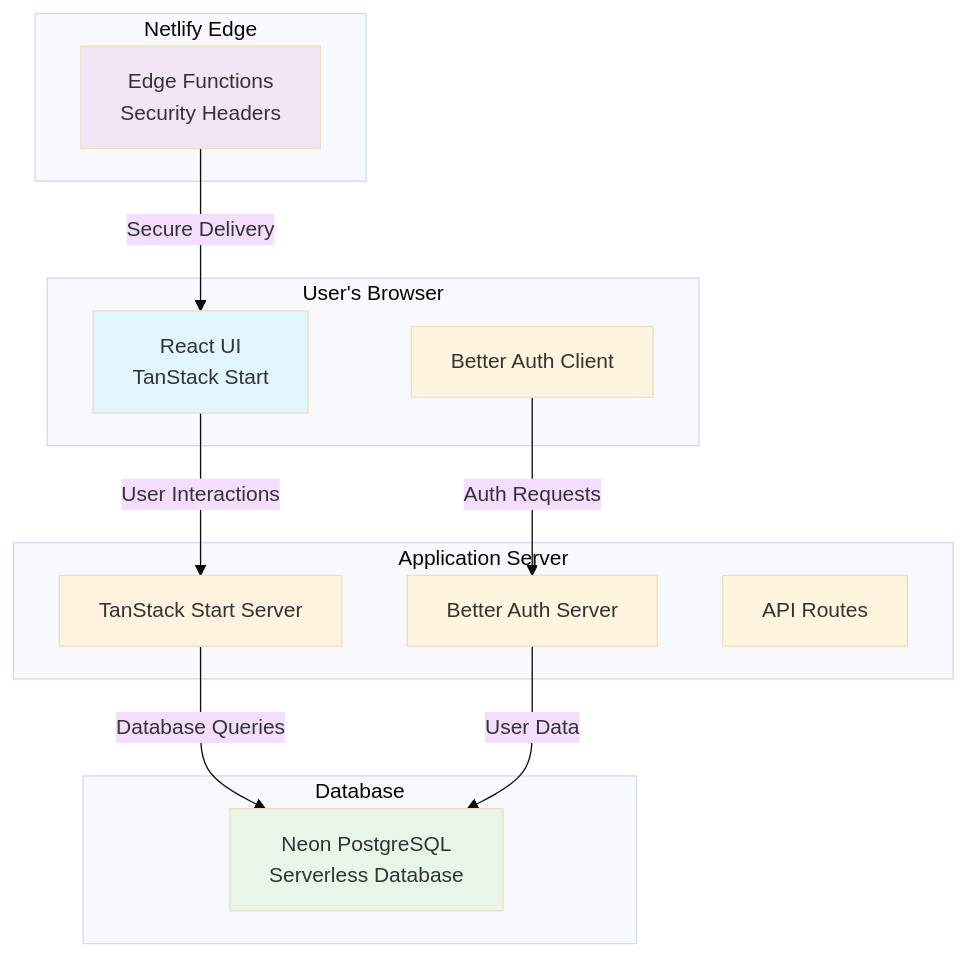
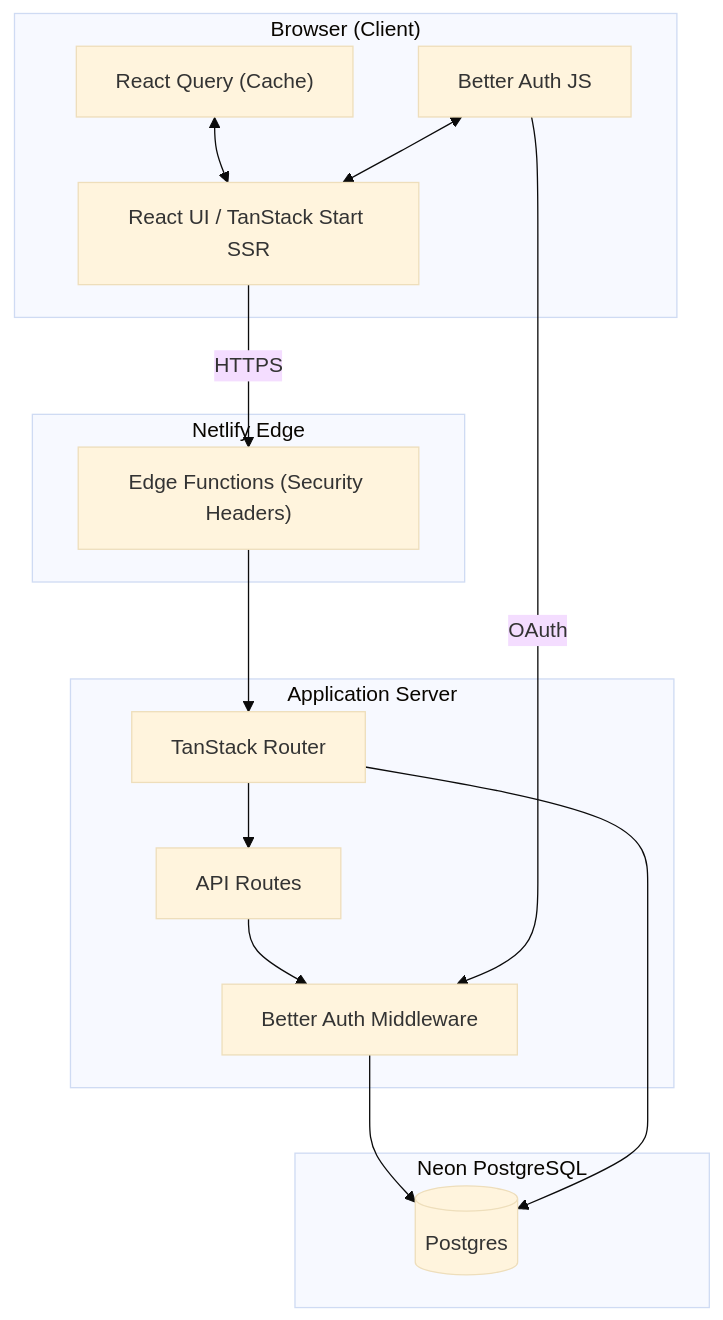
The first of 2 diagrams in LEARN_FULLSTACK.md (vburghelea/solstice), drawn with Mermaid (base theme) before and after one commit. The commit also changed other lines of this file and 13 other files, not shown here.

````diff
--- a/LEARN_FULLSTACK.md
+++ b/LEARN_FULLSTACK.md
@@ -28,32 +40,34 @@
 ```mermaid
 graph TB
-    subgraph "User's Browser"
-        UI[React UI<br/>TanStack Start]
-        Auth[Better Auth Client]
-    end
+  subgraph Browser["Browser (Client)"]
+    UI["React UI / TanStack Start SSR"]
+    Store["React Query (Cache)"]
+    AuthClient["Better Auth JS"]
+  end
 
-    subgraph "Netlify Edge"
-        Edge[Edge Functions<br/>Security Headers]
-    end
+  subgraph Edge["Netlify Edge"]
+    EdgeFn["Edge Functions (Security Headers)"]
+  end
 
-    subgraph "Application Server"
-        Server[TanStack Start Server]
-        AuthServer[Better Auth Server]
-        API[API Routes]
-    end
+  subgraph Server["Application Server"]
+    Router["TanStack Router"]
+    API["API Routes"]
+    AuthSrv["Better Auth Middleware"]
+  end
 
-    subgraph "Database"
-        Neon[Neon PostgreSQL<br/>Serverless Database]
-    end
+  subgraph DB["Neon PostgreSQL"]
+    Pg[(Postgres)]
+  end
 
-    UI -->|User Interactions| Server
-    Auth -->|Auth Requests| AuthServer
-    Server -->|Database Queries| Neon
-    AuthServer -->|User Data| Neon
-    Edge -->|Secure Delivery| UI
+  UI -->|HTTPS| EdgeFn
+  EdgeFn --> Router
+  Store <--> UI
+  AuthClient <--> UI
 
-    style UI fill:#e1f5fe
-    style Server fill:#fff3e0
-    style Neon fill:#e8f5e9
-    style Edge fill:#f3e5f5
+  Router --> API
+  API --> AuthSrv
+  AuthSrv --> Pg
+  Router --> Pg
+
+  AuthClient -->|OAuth| AuthSrv
 ```
````
